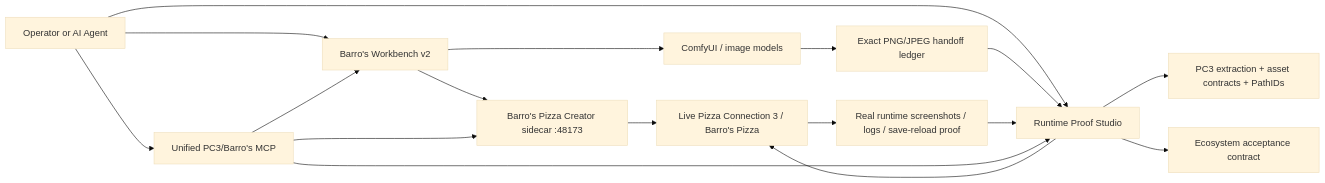
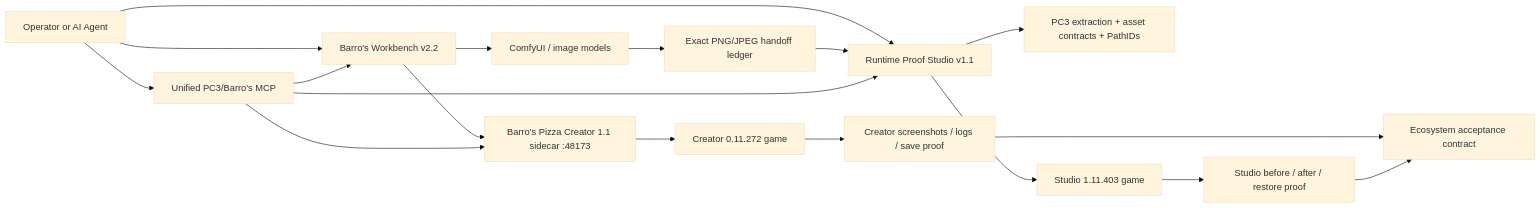
Before and after one commit to Ghenghis/Barros-Pizza-Creator: the second of 5 diagrams in docs/ECOSYSTEM_V2_ARCHITECTURE.md, drawn with Mermaid (base theme). The commit also changed other lines of this file, not shown here.

Commit message:
Document dual PC3 builds, Creator JPEG parser, build-aware agents and recovery

````diff
--- a/docs/ECOSYSTEM_V2_ARCHITECTURE.md
+++ b/docs/ECOSYSTEM_V2_ARCHITECTURE.md
@@ -13,19 +40,20 @@
 ```mermaid
 flowchart LR
-    U[Operator or AI Agent] --> W[Barro's Workbench v2]
-    U --> S[Runtime Proof Studio]
+    U[Operator or AI Agent] --> W[Barro's Workbench v2.2]
+    U --> S[Runtime Proof Studio v1.1]
     U --> M[Unified PC3/Barro's MCP]
-    W --> C[Barro's Pizza Creator sidecar :48173]
-    C --> G[Live Pizza Connection 3 / Barro's Pizza]
+    W --> C[Barro's Pizza Creator 1.1 sidecar :48173]
     W --> Q[ComfyUI / image models]
     Q --> H[Exact PNG/JPEG handoff ledger]
     H --> S
     S --> R[PC3 extraction + asset contracts + PathIDs]
-    S --> G
-    G --> E[Real runtime screenshots / logs / save-reload proof]
-    E --> S
-    S --> T[Ecosystem acceptance contract]
+    C --> CG[Creator 0.11.272 game]
+    S --> SG[Studio 1.11.403 game]
+    CG --> CE[Creator screenshots / logs / save proof]
+    SG --> SE[Studio before / after / restore proof]
+    CE --> T[Ecosystem acceptance contract]
+    SE --> T
     M --> W
     M --> C
     M --> S
 ```
````
